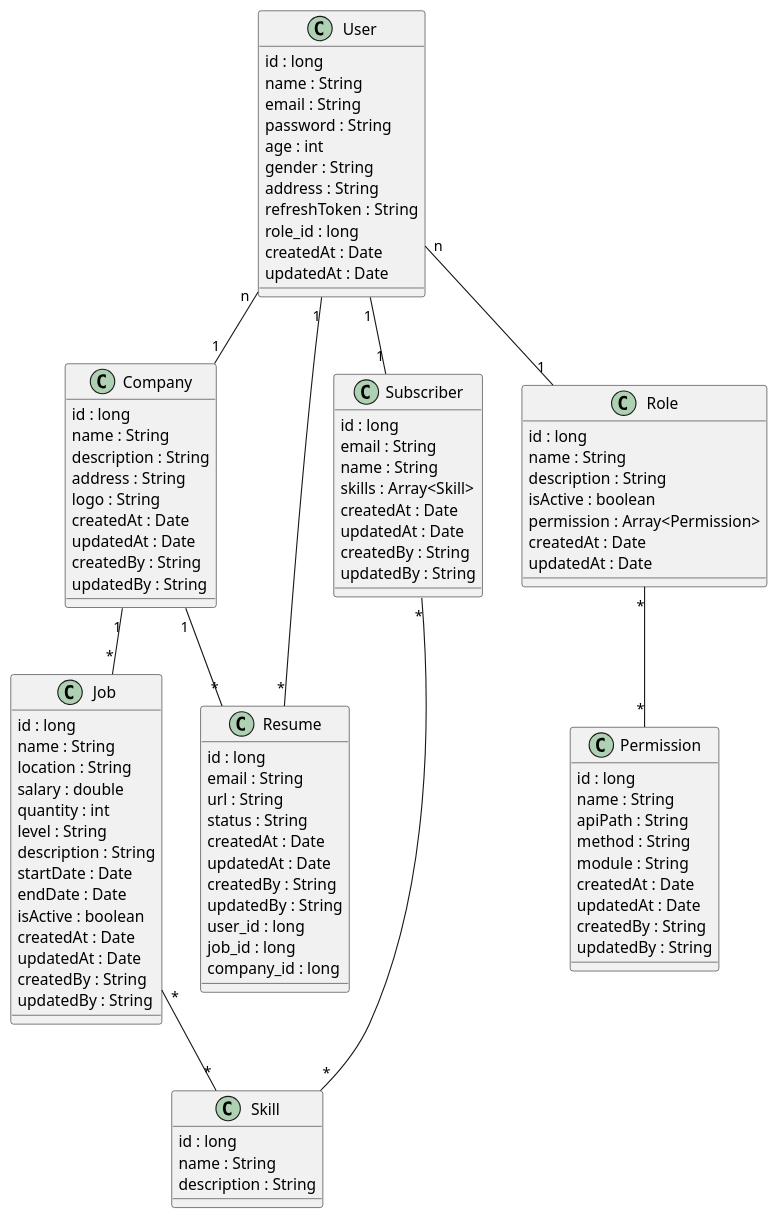
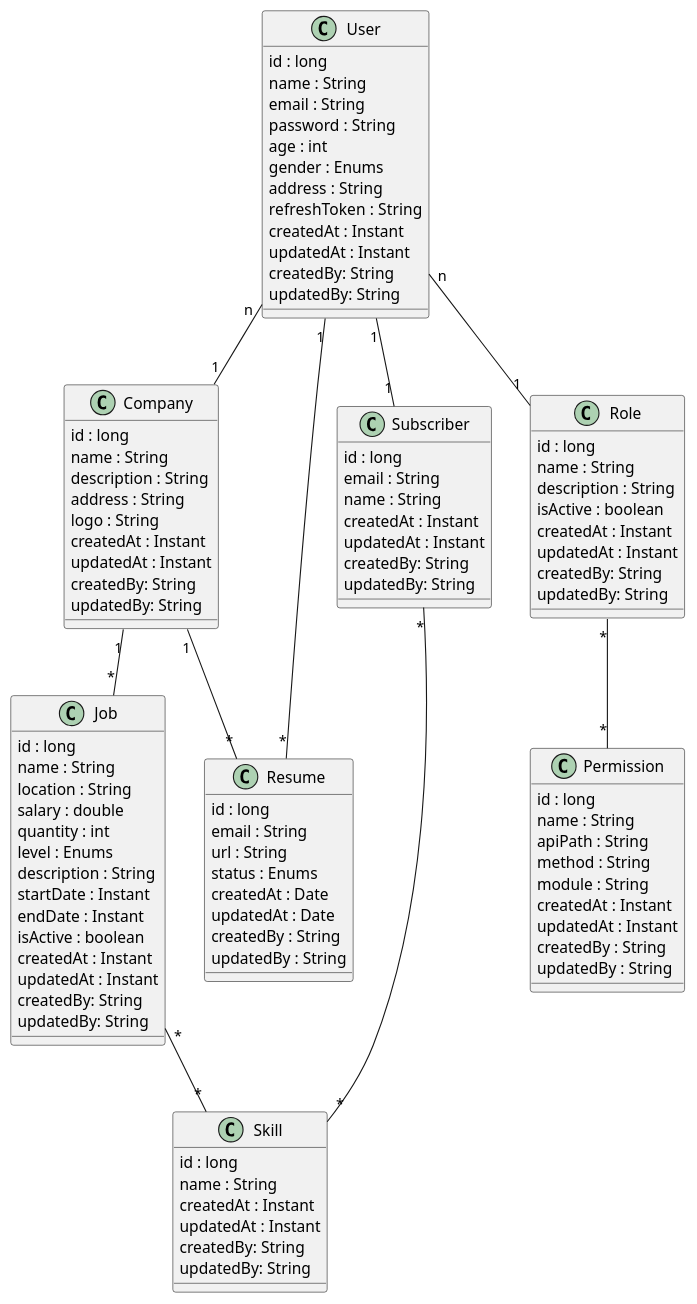
The diagram in src/main/java/vn/khanguyen/backend/diagram.plantuml (studentnguyen1/backend), drawn with PlantUML before and after one commit. The commit also changed 7 other files, not shown here.

```diff
--- a/src/main/java/vn/khanguyen/backend/diagram.plantuml
+++ b/src/main/java/vn/khanguyen/backend/diagram.plantuml
@@ -1,110 +1,111 @@
 @startuml
-
+' doneee
 class Company {
     id : long
     name : String
     description : String
     address : String
     logo : String
-    createdAt : Date
-    updatedAt : Date
-    createdBy : String
-    updatedBy : String
+    createdAt : Instant
+    updatedAt : Instant
+    createdBy: String
+    updatedBy: String
 }
-
+' doneee
 class Job {
     id : long
     name : String
     location : String
     salary : double
     quantity : int
-    level : String
+    level : Enums
     description : String
-    startDate : Date
-    endDate : Date
+    startDate : Instant
+    endDate : Instant
     isActive : boolean
-    createdAt : Date
-    updatedAt : Date
-    createdBy : String
-    updatedBy : String
+    createdAt : Instant
+    updatedAt : Instant
+    createdBy: String
+    updatedBy: String
 }
-
+' doneee
 class Permission {
     id : long
     name : String
     apiPath : String
     method : String
     module : String
+    createdAt : Instant
+    updatedAt : Instant
+    createdBy : String
+    updatedBy : String
+}
+' doneee
+class Resume {
+    id : long
+    email : String
+    url : String
+    status : Enums
     createdAt : Date
     updatedAt : Date
     createdBy : String
     updatedBy : String
 }
-
-class Resume {
-    id : long
-    email : String
-    url : String
-    status : String
-    createdAt : Date
-    updatedAt : Date
-    createdBy : String
-    updatedBy : String
-    user_id : long
-    job_id : long
-    company_id : long
-}
-
+' doneee
 class Skill {
     id : long
     name : String
-    description : String
+    createdAt : Instant
+    updatedAt : Instant
+    createdBy: String
+    updatedBy: String
 }
-
+' doneee
 class Subscriber {
     id : long
     email : String
     name : String
-    skills : Array<Skill>
-    createdAt : Date
-    updatedAt : Date
-    createdBy : String
-    updatedBy : String
+    createdAt : Instant
+    updatedAt : Instant
+    createdBy: String
+    updatedBy: String
 }
-
+' done
 class User {
     id : long
     name : String
     email : String
     password : String
     age : int
-    gender : String
+    gender : Enums
     address : String
     refreshToken : String
-    role_id : long
-    createdAt : Date
-    updatedAt : Date
+    createdAt : Instant
+    updatedAt : Instant
+    createdBy: String
+    updatedBy: String
 }
-
+' donee
 class Role {
     id : long
     name : String
     description : String
     isActive : boolean
-    permission : Array<Permission>
-        createdAt : Date
-        updatedAt : Date
-}
+    createdAt : Instant
+    updatedAt : Instant
+    createdBy: String
+    updatedBy: String
+    }
 
 ' Relationships
 User "n" -- "1" Role 
 User "n" -- "1" Company 
 User "1" -- "1" Subscriber
 User "1" -- "*" Resume
 Company "1" -- "*" Resume 
 Company "1" -- "*" Job 
 Job "*" -- "*" Skill 
 Role "*" -- "*" Permission
 Subscriber "*" -- "*" Skill 
 
 @enduml
```
